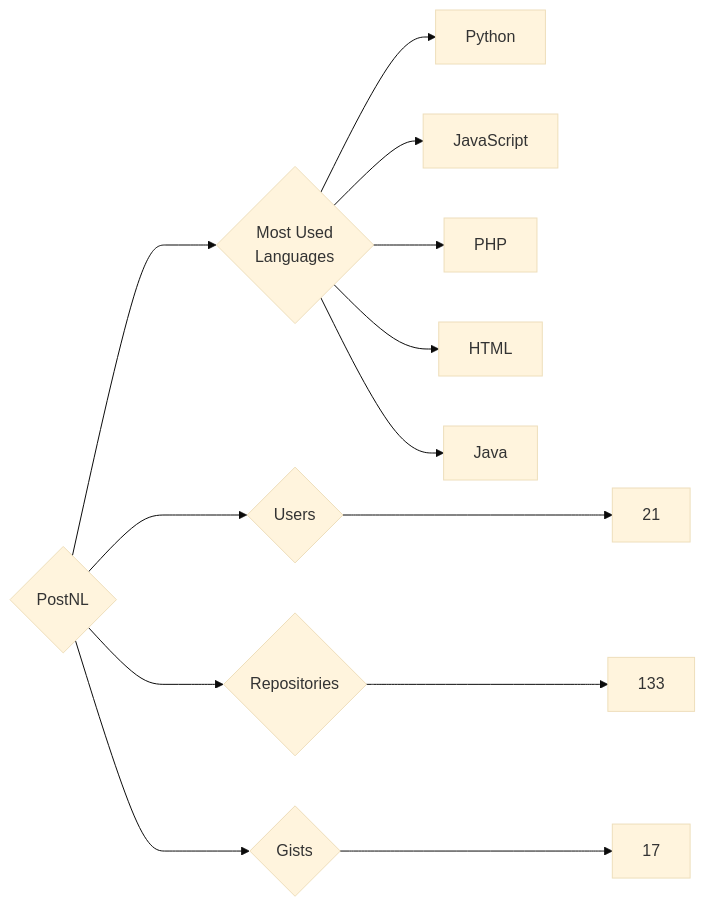
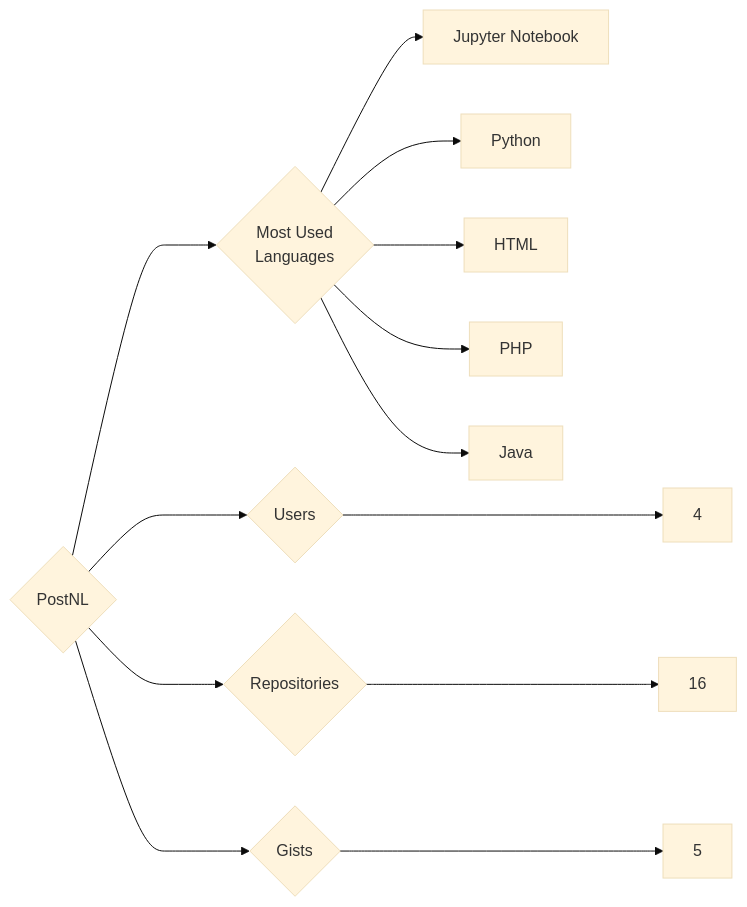
Before and after one commit to trickest/insiders: the diagram in targets/PostNL/README.md, drawn with Mermaid (base theme). The commit also changed 797 other files, not shown here.

````diff
--- a/targets/PostNL/README.md
+++ b/targets/PostNL/README.md
@@ -3,13 +3,13 @@
 ```mermaid
 graph LR
 COMPANY_NAME{PostNL}
-COMPANY_NAME ---> U{Users} ---> UN[21]
-COMPANY_NAME ---> R{Repositories} ---> RN[133]
-COMPANY_NAME ---> G{Gists} ---> GN[17]
+COMPANY_NAME ---> U{Users} ---> UN[4]
+COMPANY_NAME ---> R{Repositories} ---> RN[16]
+COMPANY_NAME ---> G{Gists} ---> GN[5]
 COMPANY_NAME ---> ML{Most Used<br>Languages}
+ML --> Jupyter_Notebook[Jupyter Notebook]
 ML --> Python[Python]
-ML --> JavaScript[JavaScript]
+ML --> HTML[HTML]
 ML --> PHP[PHP]
-ML --> HTML[HTML]
 ML --> Java[Java]
 ```
````
